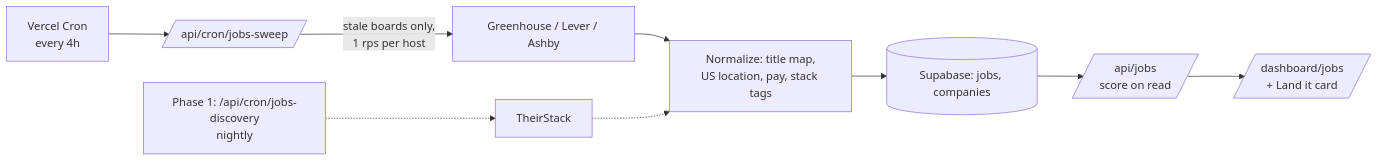
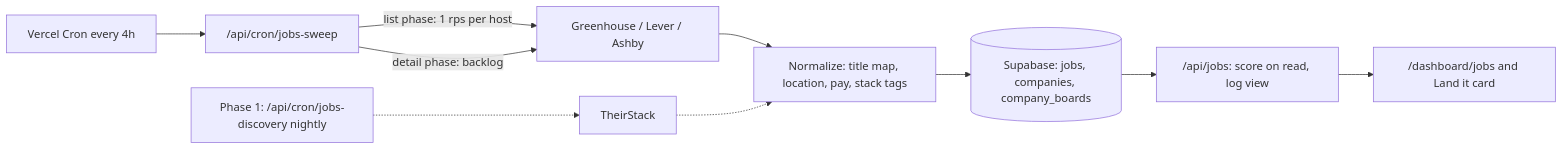
The diagram in docs/design-proposals/job-listings-rfc.md (jlamoreaux/apptrack), drawn with Mermaid before and after one commit. The commit also changed other lines of this file, not shown here.

````diff
--- a/docs/design-proposals/job-listings-rfc.md
+++ b/docs/design-proposals/job-listings-rfc.md
@@ -202,11 +236,12 @@
 ```mermaid
 flowchart LR
-  A[Vercel Cron<br/>every 4h] --> B[/api/cron/jobs-sweep/]
-  B -->|stale boards only,<br/>1 rps per host| C[Greenhouse / Lever / Ashby]
-  C --> N[Normalize: title map,<br/>US location, pay, stack tags]
-  N --> DB[(Supabase: jobs, companies)]
-  T[Phase 1: /api/cron/jobs-discovery<br/>nightly] -.-> TS[TheirStack]
+  A["Vercel Cron every 4h"] --> B["/api/cron/jobs-sweep"]
+  B -->|"list phase: 1 rps per host"| C["Greenhouse / Lever / Ashby"]
+  B -->|"detail phase: backlog"| C
+  C --> N["Normalize: title map, location, pay, stack tags"]
+  N --> DB[("Supabase: jobs, companies, company_boards")]
+  T["Phase 1: /api/cron/jobs-discovery nightly"] -.-> TS["TheirStack"]
   TS -.-> N
-  DB --> R[/api/jobs<br/>score on read/]
-  R --> UI[/dashboard/jobs<br/>+ Land it card/]
+  DB --> R["/api/jobs: score on read, log view"]
+  R --> UI["/dashboard/jobs and Land it card"]
 ```
````
